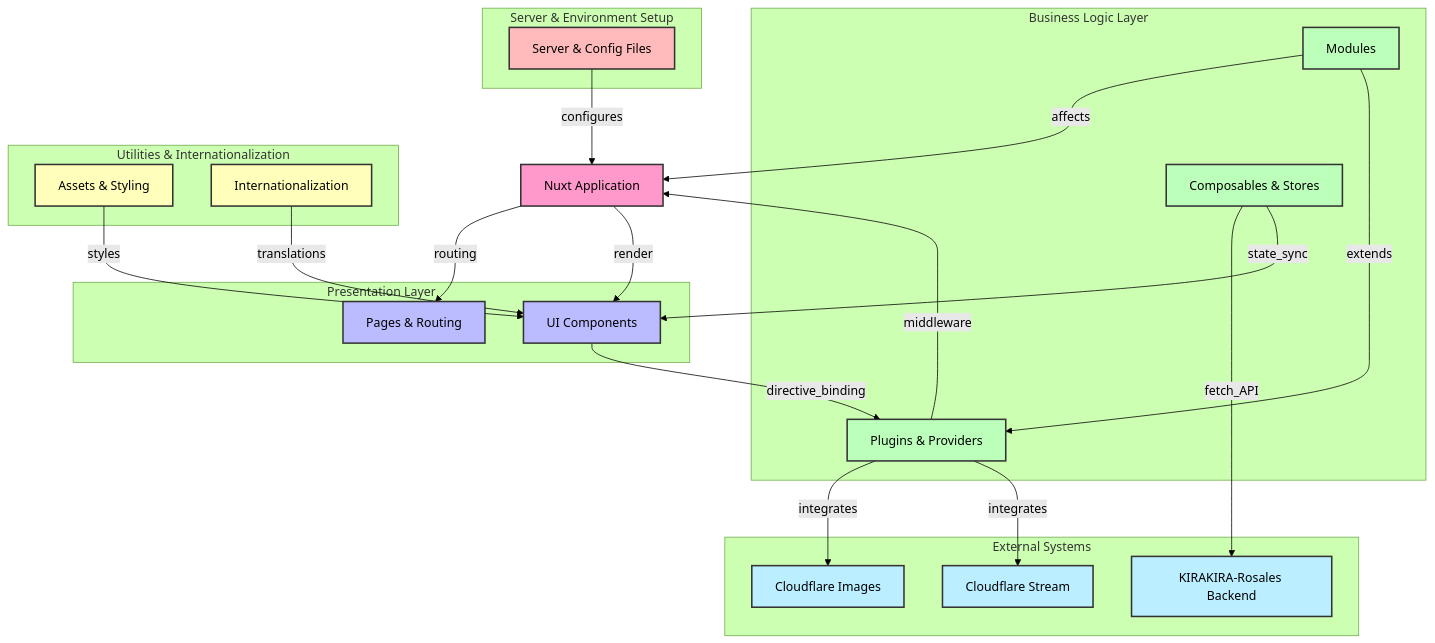
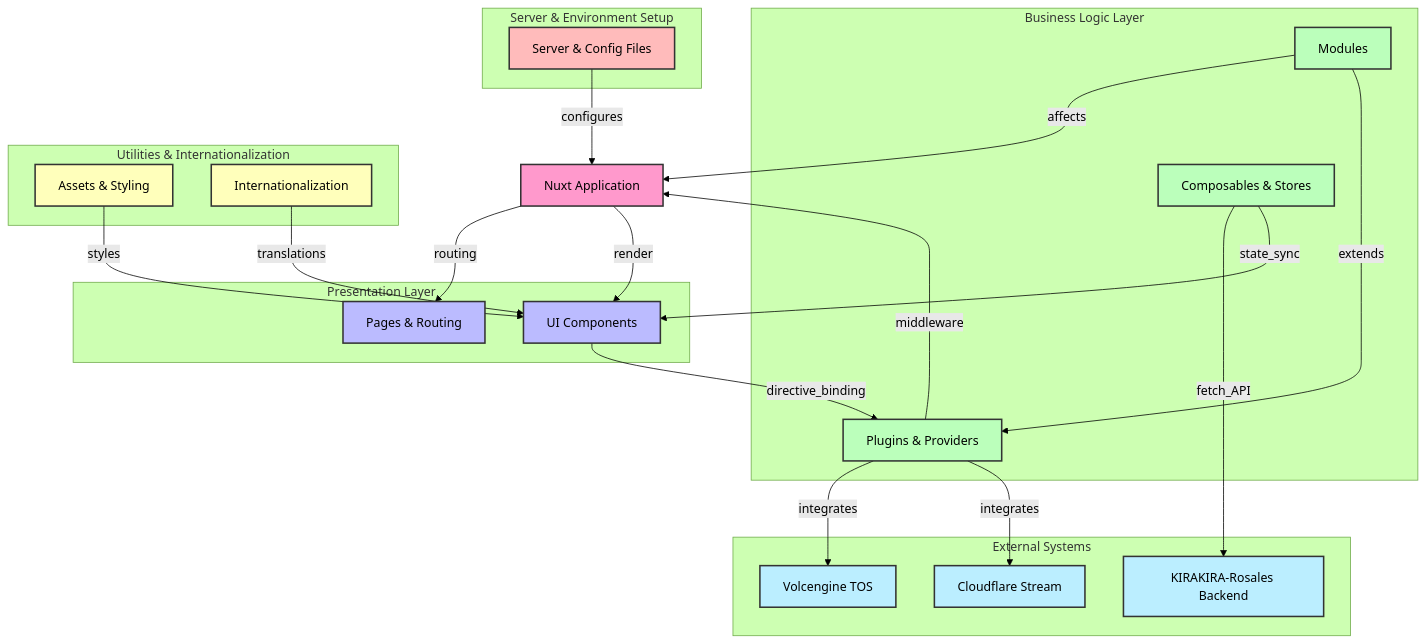
Before and after one commit to KIRAKIRA-DOUGA/KIRAKIRA-Cerasus: the diagram in README_en-US.md, drawn with Mermaid (forest theme). The commit also changed other lines of this file and 14 other files, not shown here.

Commit message:
feat: migrate image provider from Cloudflare to TOS

````diff
--- a/README_en-US.md
+++ b/README_en-US.md
@@ -40,79 +40,79 @@
 ```mermaid
 
 flowchart TD
     %% Core Application
     NuxtApp["Nuxt Application"]:::frontend
 
     %% Presentation Layer
     subgraph "Presentation Layer"
         Pages["Pages & Routing"]:::presentation
         UIComponents["UI Components"]:::presentation
     end
 
     %% Business Logic Layer
     subgraph "Business Logic Layer"
         ComposablesStores["Composables & Stores"]:::business
         Modules["Modules"]:::business
         PluginsProviders["Plugins & Providers"]:::business
     end
 
     %% Utilities & Internationalization
     subgraph "Utilities & Internationalization"
         AssetsStyling["Assets & Styling"]:::utilities
         Internationalization["Internationalization"]:::utilities
     end
 
     %% Server & Environment Setup
     subgraph "Server & Environment Setup"
         ServerEnv["Server & Config Files"]:::server
     end
 
     %% External Systems
     subgraph "External Systems"
         Backend["KIRAKIRA-Rosales Backend"]:::external
-        CloudflareImages["Cloudflare Images"]:::external
+        TOSImages["Volcengine TOS"]:::external
         CloudflareStream["Cloudflare Stream"]:::external
     end
 
     %% Connections between layers
     NuxtApp -->|"routing"| Pages
     NuxtApp -->|"render"| UIComponents
     Modules -->|"affects"| NuxtApp
     PluginsProviders -->|"middleware"| NuxtApp
     ComposablesStores -->|"fetch_API"| Backend
-    PluginsProviders -->|"integrates"| CloudflareImages
+    PluginsProviders -->|"integrates"| TOSImages
     PluginsProviders -->|"integrates"| CloudflareStream
     UIComponents -->|"directive_binding"| PluginsProviders
     AssetsStyling -->|"styles"| UIComponents
     Internationalization -->|"translations"| UIComponents
     ComposablesStores -->|"state_sync"| UIComponents
     Modules -->|"extends"| PluginsProviders
     ServerEnv -->|"configures"| NuxtApp
 
     %% Class definitions with colors
     classDef frontend fill:#f9c,stroke:#333,stroke-width:2px;
     classDef presentation fill:#bbf,stroke:#333,stroke-width:2px;
     classDef business fill:#bfb,stroke:#333,stroke-width:2px;
     classDef utilities fill:#ffb,stroke:#333,stroke-width:2px;
     classDef server fill:#fbb,stroke:#333,stroke-width:2px;
     classDef external fill:#bef,stroke:#333,stroke-width:2px;
 
     %% Click Events
     click NuxtApp "https://github.com/kirakira-douga/kirakira-cerasus/blob/develop/nuxt.config.ts"
     click NuxtApp "https://github.com/kirakira-douga/kirakira-cerasus/blob/develop/app.vue"
     click Pages "https://github.com/kirakira-douga/kirakira-cerasus/tree/develop/pages"
     click UIComponents "https://github.com/kirakira-douga/kirakira-cerasus/tree/develop/components"
     click Modules "https://github.com/kirakira-douga/kirakira-cerasus/tree/develop/modules"
     click ComposablesStores "https://github.com/kirakira-douga/kirakira-cerasus/tree/develop/composables"
     click ComposablesStores "https://github.com/kirakira-douga/kirakira-cerasus/blob/develop/stores/app-settings.ts"
     click AssetsStyling "https://github.com/kirakira-douga/kirakira-cerasus/tree/develop/assets"
     click AssetsStyling "https://github.com/kirakira-douga/kirakira-cerasus/tree/develop/helpers"
     click AssetsStyling "https://github.com/kirakira-douga/kirakira-cerasus/tree/develop/utils"
     click PluginsProviders "https://github.com/kirakira-douga/kirakira-cerasus/tree/develop/plugins"
     click PluginsProviders "https://github.com/kirakira-douga/kirakira-cerasus/tree/develop/providers/nuxt-image"
     click Internationalization "https://github.com/kirakira-douga/kirakira-cerasus/tree/develop/locales"
     click ServerEnv "https://github.com/kirakira-douga/kirakira-cerasus/tree/develop/server"
     click ServerEnv "https://github.com/kirakira-douga/kirakira-cerasus/blob/develop/tsconfig.json"
     click ServerEnv "https://github.com/kirakira-douga/kirakira-cerasus/blob/develop/.npmrc"
     click ServerEnv "https://github.com/kirakira-douga/kirakira-cerasus/blob/develop/pnpm-lock.yaml"
 ```
````
